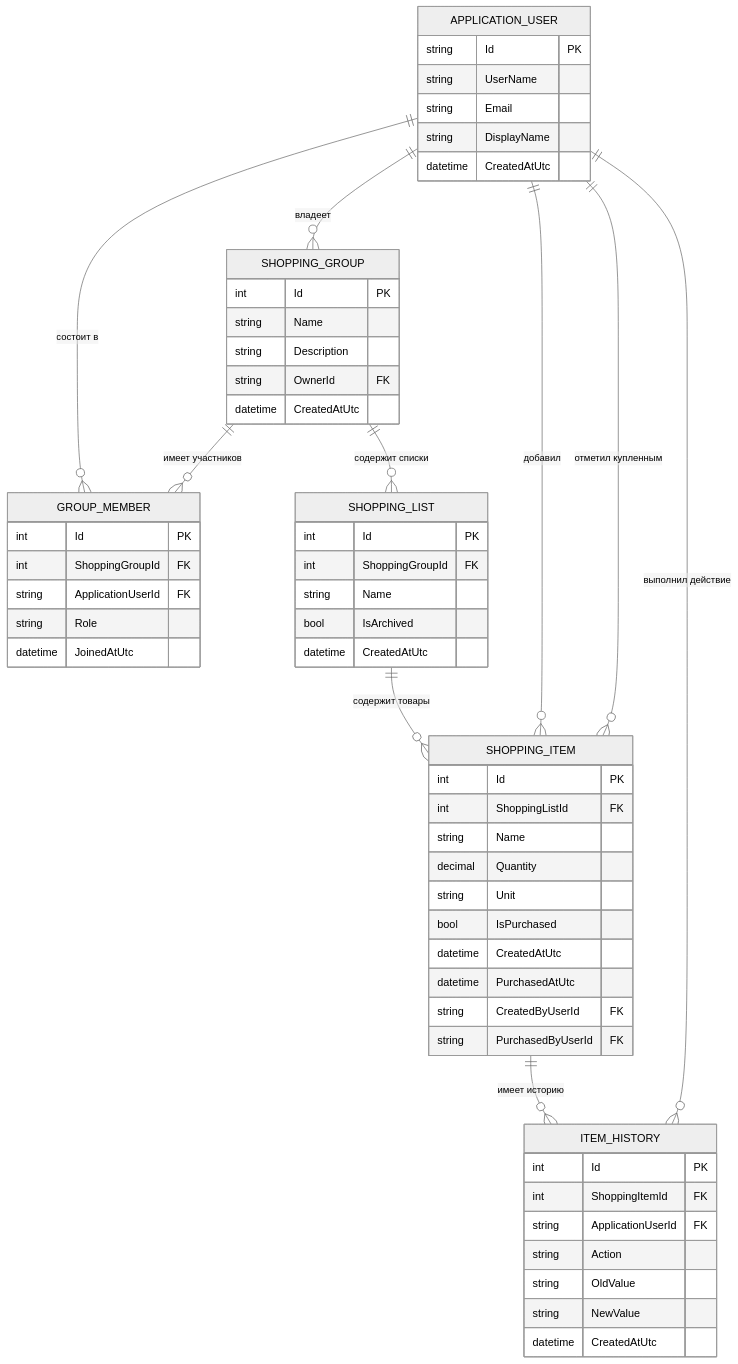
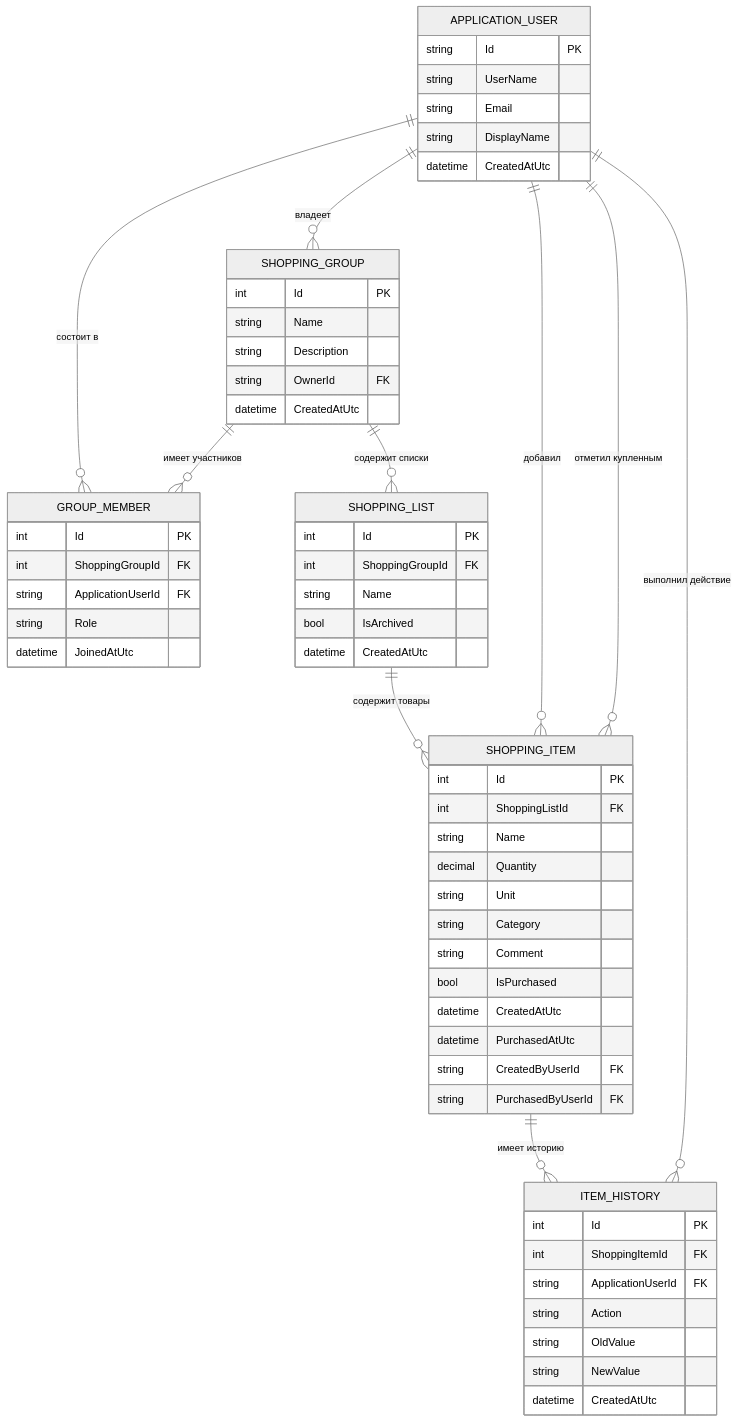
The diagram in Documentation/er-diagram.md (blessed0tears/shopping-list-diploma), drawn with Mermaid (neutral theme) before and after one commit. The commit also changed other lines of this file and 28 other files, not shown here.

````diff
--- a/Documentation/er-diagram.md
+++ b/Documentation/er-diagram.md
@@ -7,68 +7,70 @@
 ```mermaid
 erDiagram
     APPLICATION_USER ||--o{ GROUP_MEMBER : "состоит в"
     APPLICATION_USER ||--o{ SHOPPING_GROUP : "владеет"
     APPLICATION_USER ||--o{ SHOPPING_ITEM : "добавил"
     APPLICATION_USER ||--o{ SHOPPING_ITEM : "отметил купленным"
     APPLICATION_USER ||--o{ ITEM_HISTORY : "выполнил действие"
 
     SHOPPING_GROUP ||--o{ GROUP_MEMBER : "имеет участников"
     SHOPPING_GROUP ||--o{ SHOPPING_LIST : "содержит списки"
     SHOPPING_LIST ||--o{ SHOPPING_ITEM : "содержит товары"
     SHOPPING_ITEM ||--o{ ITEM_HISTORY : "имеет историю"
 
     APPLICATION_USER {
         string Id PK
         string UserName
         string Email
         string DisplayName
         datetime CreatedAtUtc
     }
 
     SHOPPING_GROUP {
         int Id PK
         string Name
         string Description
         string OwnerId FK
         datetime CreatedAtUtc
     }
 
     GROUP_MEMBER {
         int Id PK
         int ShoppingGroupId FK
         string ApplicationUserId FK
         string Role
         datetime JoinedAtUtc
     }
 
     SHOPPING_LIST {
         int Id PK
         int ShoppingGroupId FK
         string Name
         bool IsArchived
         datetime CreatedAtUtc
     }
 
     SHOPPING_ITEM {
         int Id PK
         int ShoppingListId FK
         string Name
         decimal Quantity
         string Unit
+        string Category
+        string Comment
         bool IsPurchased
         datetime CreatedAtUtc
         datetime PurchasedAtUtc
         string CreatedByUserId FK
         string PurchasedByUserId FK
     }
 
     ITEM_HISTORY {
         int Id PK
         int ShoppingItemId FK
         string ApplicationUserId FK
         string Action
         string OldValue
         string NewValue
         datetime CreatedAtUtc
     }
 ```
````
